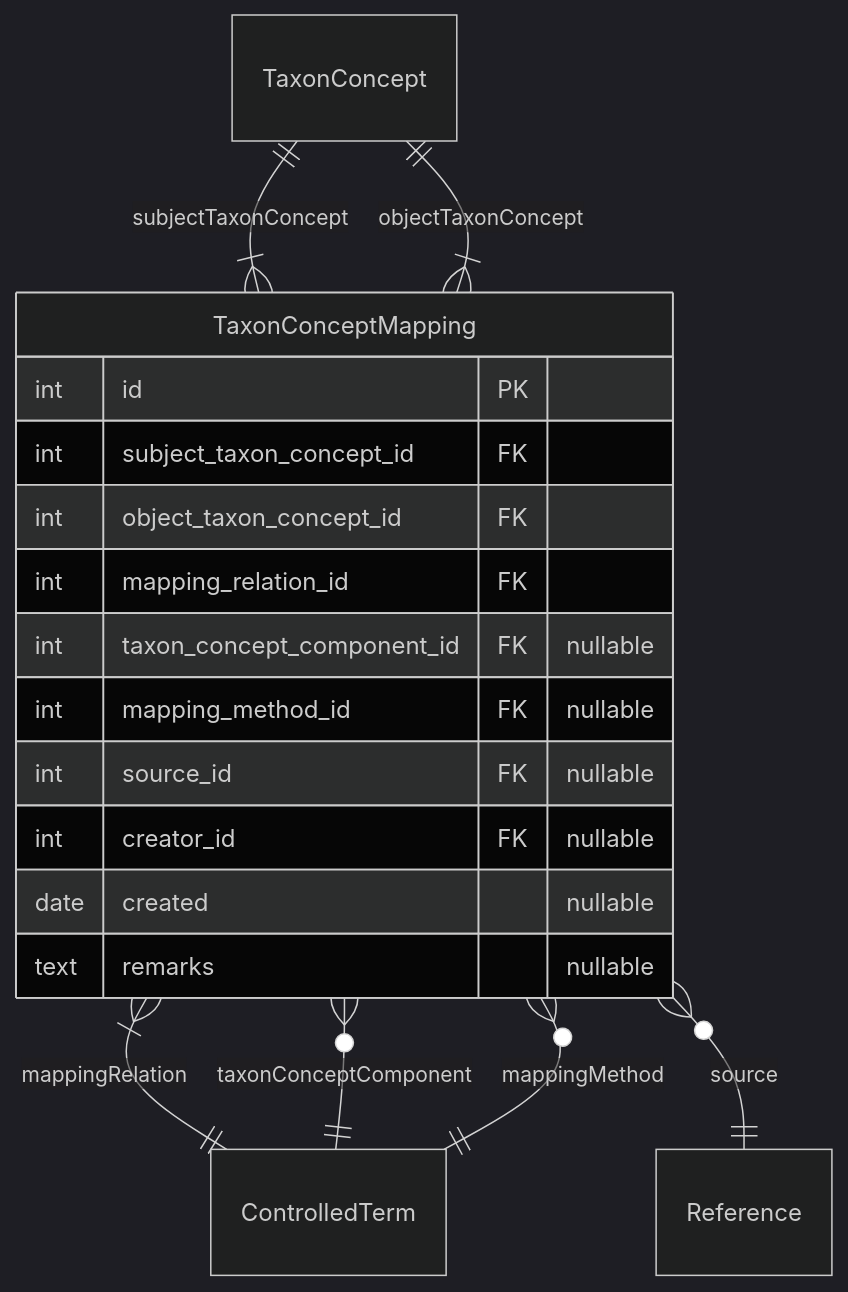
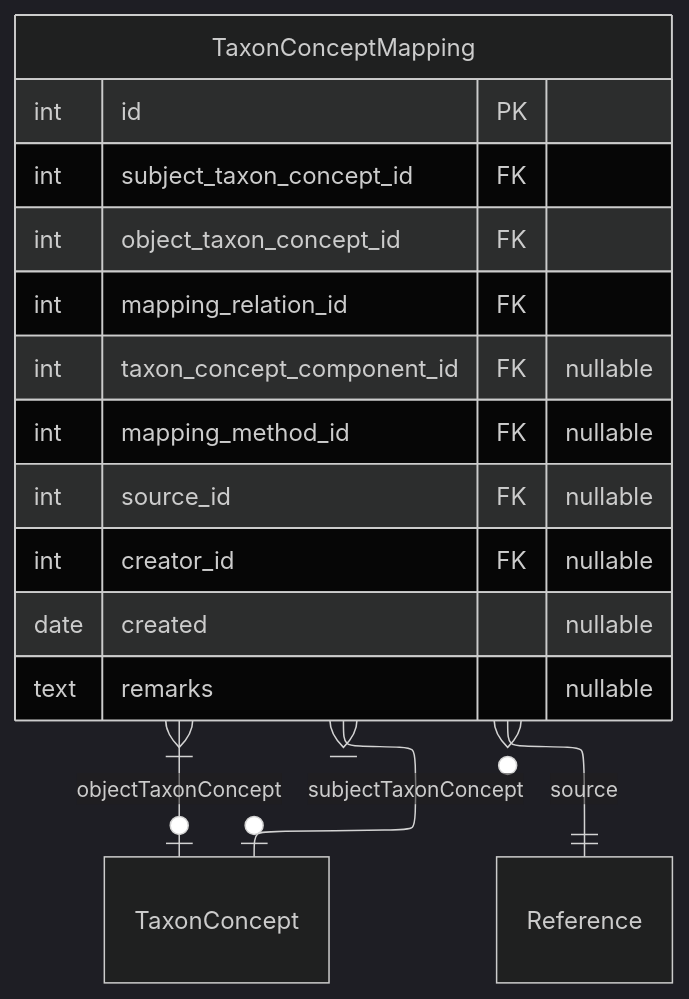
The second of 18 diagrams in docs/layers.md (vicflora/vicflora-data-model-2026), drawn with Mermaid (dark theme) before and after one commit. The commit also changed other lines of this file and 2 other files, not shown here.

````diff
--- a/docs/layers.md
+++ b/docs/layers.md
@@ -45,23 +69,27 @@
 ```mermaid
+---
+config:
+    layout: elk
+---
 erDiagram
-    TaxonConcept ||--|{ TaxonConceptMapping : "subjectTaxonConcept"
-    TaxonConcept ||--|{ TaxonConceptMapping : "objectTaxonConcept"
-    TaxonConceptMapping }|--|| ControlledTerm : "mappingRelation"
-    TaxonConceptMapping }o--|| ControlledTerm : "taxonConceptComponent"
-    TaxonConceptMapping }o--|| ControlledTerm : "mappingMethod"
+    TaxonConceptMapping }|--o| TaxonConcept : "subjectTaxonConcept"
+    TaxonConceptMapping }|--o| TaxonConcept : "objectTaxonConcept"
+%%    TaxonConceptMapping }|--|| ControlledTerm : "mappingRelation"
+%%    TaxonConceptMapping }o--|| ControlledTerm : "taxonConceptComponent"
+%%    TaxonConceptMapping }o--|| ControlledTerm : "mappingMethod"
     TaxonConceptMapping }o--|| Reference : "source"
     
 
     TaxonConceptMapping {
         int id PK
         int subject_taxon_concept_id FK
         int object_taxon_concept_id FK
         int mapping_relation_id FK
         int taxon_concept_component_id FK "nullable"
         int mapping_method_id FK "nullable"
         int source_id FK "nullable"
         int creator_id FK "nullable"
         date created "nullable"
         text remarks "nullable"
     }
 ```
````
